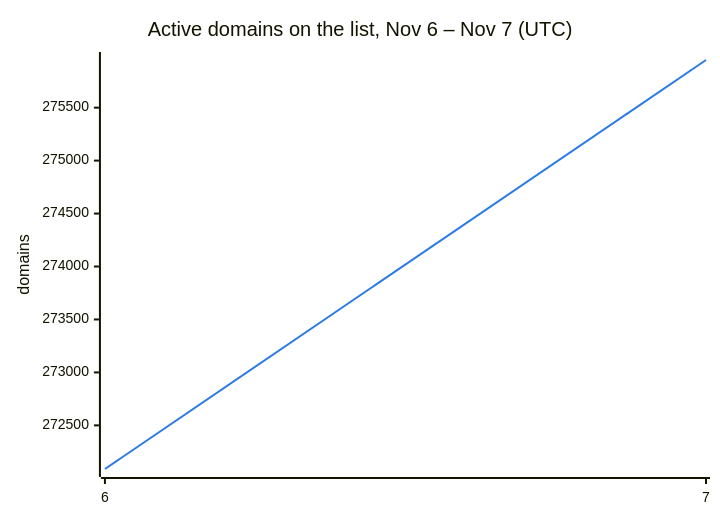
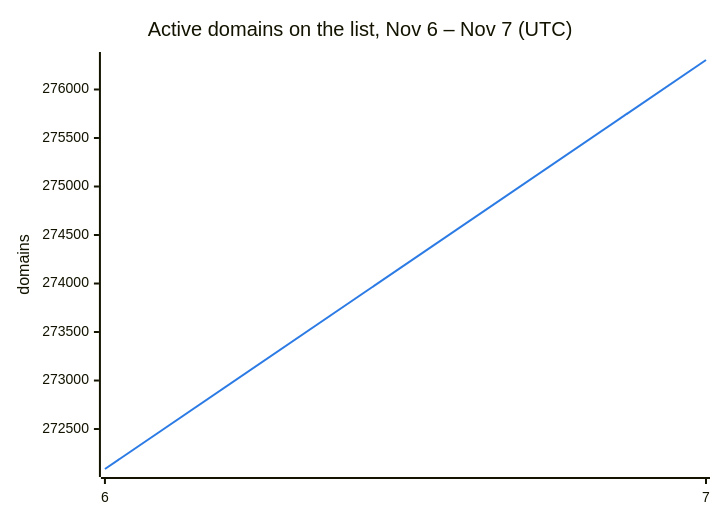
Before and after one commit to DNSBunker/CTI: the second of 3 diagrams in README.md, drawn with Mermaid. The commit also changed other lines of this file and 3 other files, not shown here.

````diff
--- a/README.md
+++ b/README.md
@@ -38,8 +38,8 @@
 ```mermaid
 %%{init: {"themeVariables": {"xyChart": {"plotColorPalette": "#2c7be5"}}}}%%
 xychart-beta
     title "Active domains on the list, Nov 6 – Nov 7 (UTC)"
     x-axis ["6", "7"]
     y-axis "domains"
-    line [272088, 275950]
+    line [272088, 276304]
 ```
````
